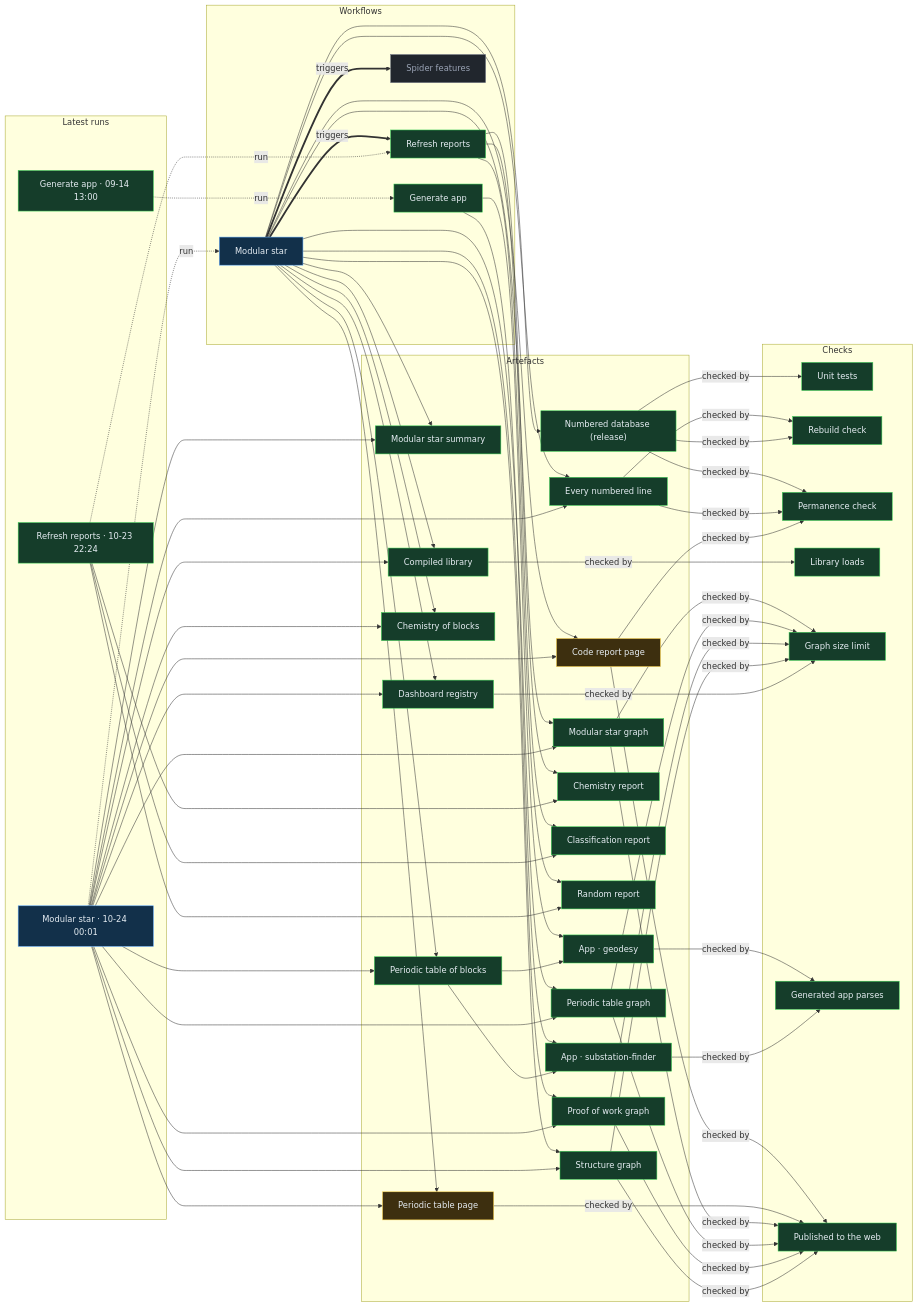
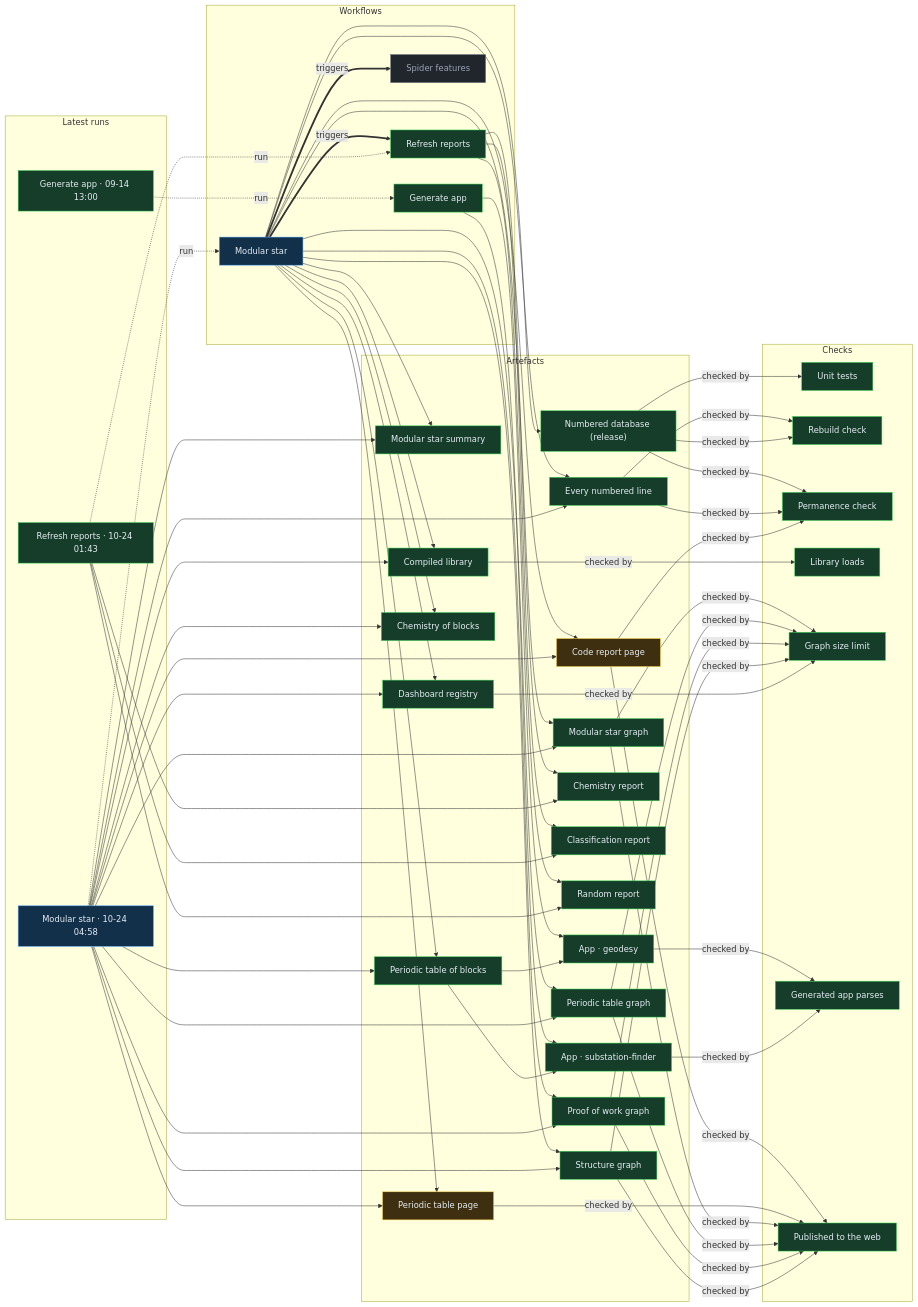
One commit to Ventusltd/stars changed the diagram in proof/PROOF.md. Above: the diagram before and after it, drawn with Mermaid. The commit also changed other lines of this file and 44 other files, not shown here.

Commit message:
Modular star 2026-10-24T05:00Z

```diff
--- a/proof/PROOF.md
+++ b/proof/PROOF.md
@@ -24,8 +24,8 @@
   n_wf_spider_features["Spider features"]:::off
   end
   subgraph g_runs["Latest runs"]
-  n_run_40042825735["Modular star · 10-24 00:01"]:::live
-  n_run_40033368660["Refresh reports · 10-23 22:24"]:::ok
+  n_run_40064443109["Modular star · 10-24 04:58"]:::live
+  n_run_40051104459["Refresh reports · 10-24 01:43"]:::ok
   n_run_34846587798["Generate app · 09-14 13:00"]:::ok
   end
   subgraph g_artefacts["Artefacts"]
@@ -59,39 +59,39 @@
   end
   n_wf_modular_star == triggers ==> n_wf_refresh
   n_wf_modular_star == triggers ==> n_wf_spider_features
-  n_run_40042825735 -. run .-> n_wf_modular_star
-  n_run_40033368660 -. run .-> n_wf_refresh
+  n_run_40064443109 -. run .-> n_wf_modular_star
+  n_run_40051104459 -. run .-> n_wf_refresh
   n_run_34846587798 -. run .-> n_wf_generate
   n_wf_modular_star --> n_art_summary
-  n_run_40042825735 --> n_art_summary
+  n_run_40064443109 --> n_art_summary
   n_wf_modular_star --> n_art_lines
-  n_run_40042825735 --> n_art_lines
+  n_run_40064443109 --> n_art_lines
   n_wf_modular_star --> n_art_code
-  n_run_40042825735 --> n_art_code
+  n_run_40064443109 --> n_art_code
   n_wf_modular_star --> n_art_modular_graph
-  n_run_40042825735 --> n_art_modular_graph
+  n_run_40064443109 --> n_art_modular_graph
   n_wf_modular_star --> n_art_blocks
-  n_run_40042825735 --> n_art_blocks
+  n_run_40064443109 --> n_art_blocks
   n_wf_modular_star --> n_art_table
-  n_run_40042825735 --> n_art_table
+  n_run_40064443109 --> n_art_table
   n_wf_modular_star --> n_art_blocks_graph
-  n_run_40042825735 --> n_art_blocks_graph
+  n_run_40064443109 --> n_art_blocks_graph
   n_wf_modular_star --> n_art_reactions
-  n_run_40042825735 --> n_art_reactions
+  n_run_40064443109 --> n_art_reactions
   n_wf_modular_star --> n_art_library
-  n_run_40042825735 --> n_art_library
+  n_run_40064443109 --> n_art_library
   n_wf_modular_star --> n_art_features
-  n_run_40042825735 --> n_art_features
+  n_run_40064443109 --> n_art_features
   n_wf_modular_star --> n_art_proof
-  n_run_40042825735 --> n_art_proof
+  n_run_40064443109 --> n_art_proof
   n_wf_modular_star --> n_art_structure
-  n_run_40042825735 --> n_art_structure
+  n_run_40064443109 --> n_art_structure
   n_wf_refresh --> n_art_chemistry
-  n_run_40033368660 --> n_art_chemistry
+  n_run_40051104459 --> n_art_chemistry
   n_wf_refresh --> n_art_vedic
-  n_run_40033368660 --> n_art_vedic
+  n_run_40051104459 --> n_art_vedic
   n_wf_refresh --> n_art_random
-  n_run_40033368660 --> n_art_random
+  n_run_40051104459 --> n_art_random
   n_wf_modular_star --> n_art_release
   n_wf_generate --> n_app_geodesy
   n_art_blocks --> n_app_geodesy
```
